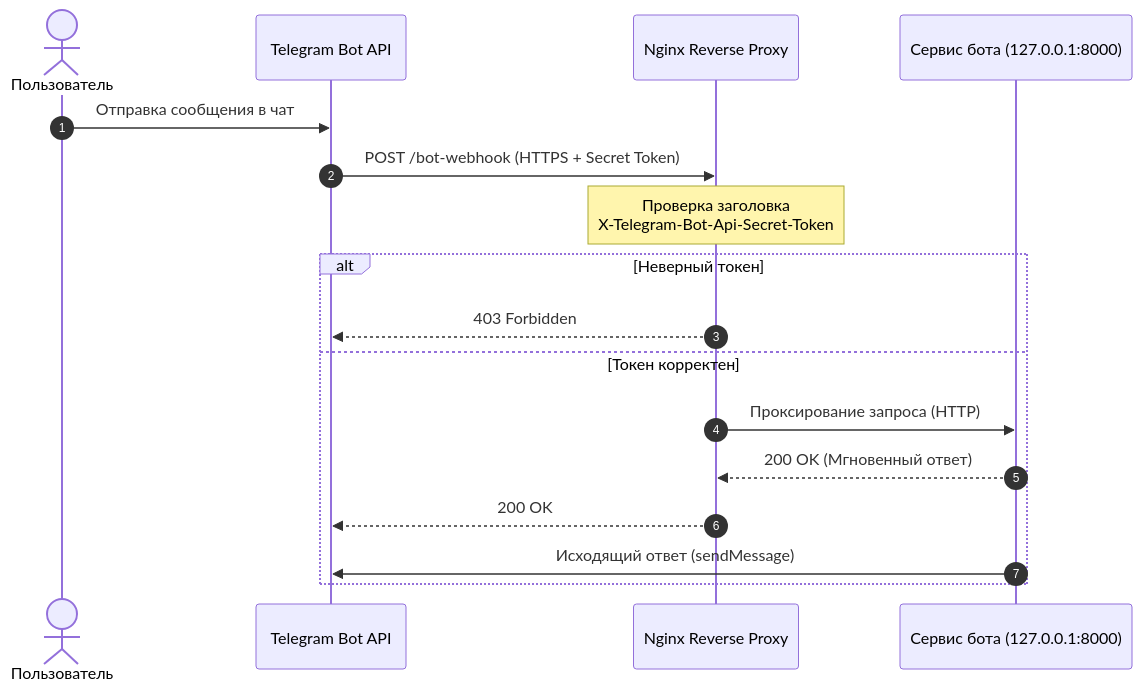
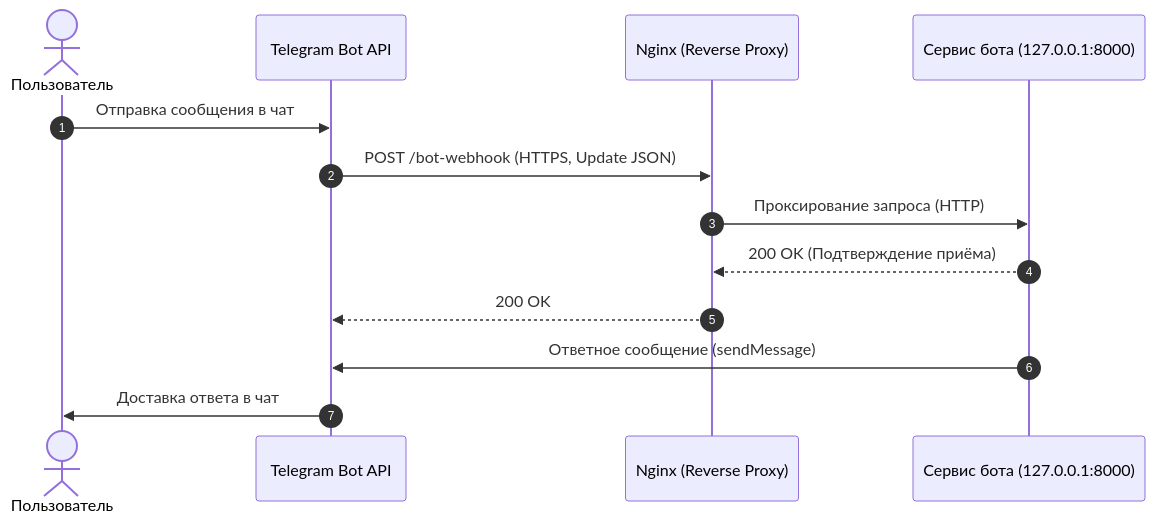
Before and after one commit to flavrinets-hash/Telegram_OpenAPI: the diagram in docs/index.md, drawn with Mermaid. The commit also changed other lines of this file, not shown here.

Commit message:
update architecture diagram

````diff
--- a/docs/index.md
+++ b/docs/index.md
@@ -11,20 +11,16 @@
 ```mermaid
 sequenceDiagram
     autonumber
     actor User as Пользователь
     participant TG as Telegram Bot API
-    participant Nginx as Nginx Reverse Proxy
+    participant Nginx as Nginx (Reverse Proxy)
     participant Bot as Сервис бота (127.0.0.1:8000)
 
     User->>TG: Отправка сообщения в чат
-    TG->>Nginx: POST /bot-webhook (HTTPS + Secret Token)
-    Note over Nginx: Проверка заголовка<br/>X-Telegram-Bot-Api-Secret-Token
-    alt Неверный токен
-        Nginx-->>TG: 403 Forbidden
-    else Токен корректен
-        Nginx->>Bot: Проксирование запроса (HTTP)
-        Bot-->>Nginx: 200 OK (Мгновенный ответ)
-        Nginx-->>TG: 200 OK
-        Bot->>TG: Исходящий ответ (sendMessage)
-    end
+    TG->>Nginx: POST /bot-webhook (HTTPS, Update JSON)
+    Nginx->>Bot: Проксирование запроса (HTTP)
+    Bot-->>Nginx: 200 OK (Подтверждение приёма)
+    Nginx-->>TG: 200 OK
+    Bot->>TG: Ответное сообщение (sendMessage)
+    TG->>User: Доставка ответа в чат
 ```
````
